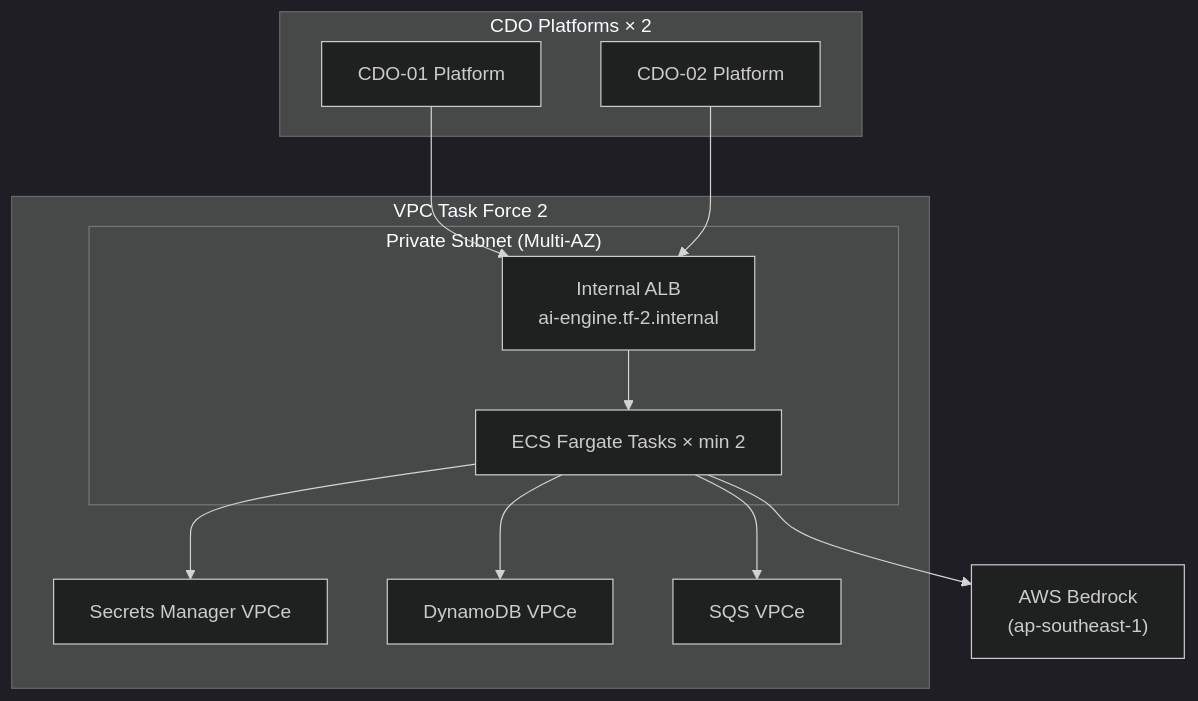
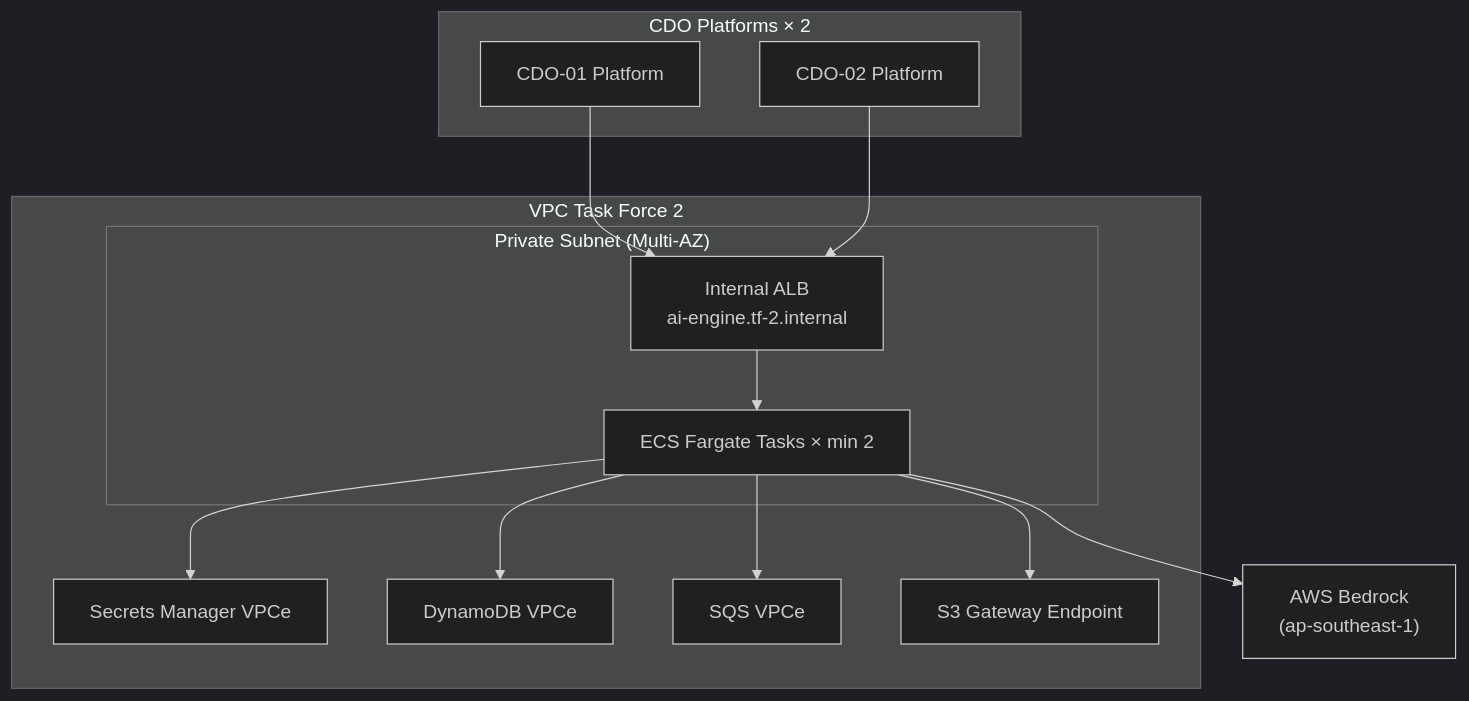
One commit to hungxqt/tf2-finops-docs changed the first of 2 diagrams in docs/contracts/deployment-contract.md. Above: the diagram before and after it, drawn with Mermaid (dark theme). The commit also changed other lines of this file and 22 other files, not shown here.

````diff
--- a/docs/contracts/deployment-contract.md
+++ b/docs/contracts/deployment-contract.md
@@ -125,25 +125,27 @@
 ```mermaid
 graph TB
     subgraph "VPC Task Force 2"
         subgraph "Private Subnet (Multi-AZ)"
             ALB["Internal ALB<br/>ai-engine.tf-2.internal"]
             ECS["ECS Fargate Tasks × min 2"]
             ALB --> ECS
         end
         SM["Secrets Manager VPCe"]
         DDB["DynamoDB VPCe"]
         SQS_E["SQS VPCe"]
+        S3_E["S3 Gateway Endpoint"]
         ECS --> SM
         ECS --> DDB
         ECS --> SQS_E
+        ECS --> S3_E
     end
     Bedrock["AWS Bedrock<br/>(ap-southeast-1)"]
     ECS --> Bedrock
 
     subgraph "CDO Platforms × 2"
         CDO1["CDO-01 Platform"]
         CDO2["CDO-02 Platform"]
     end
     CDO1 --> ALB
     CDO2 --> ALB
-```
+  ```
````
